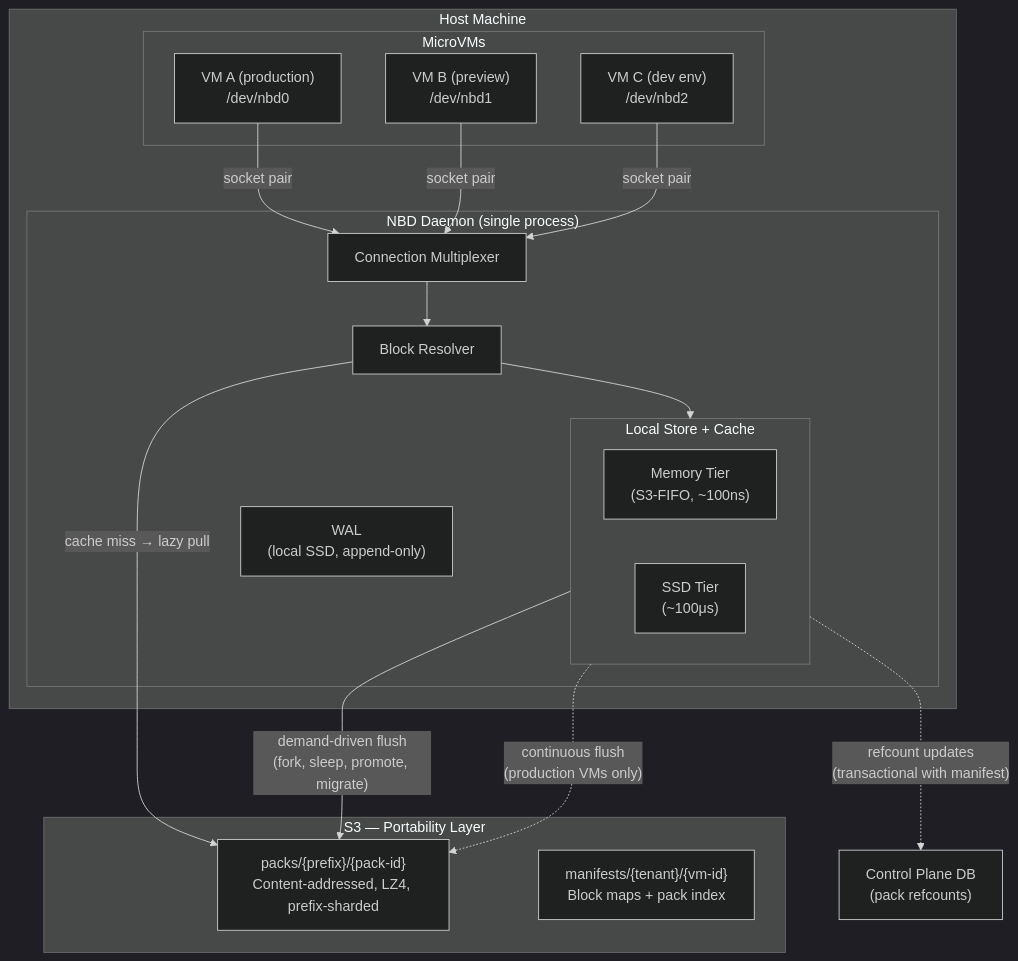
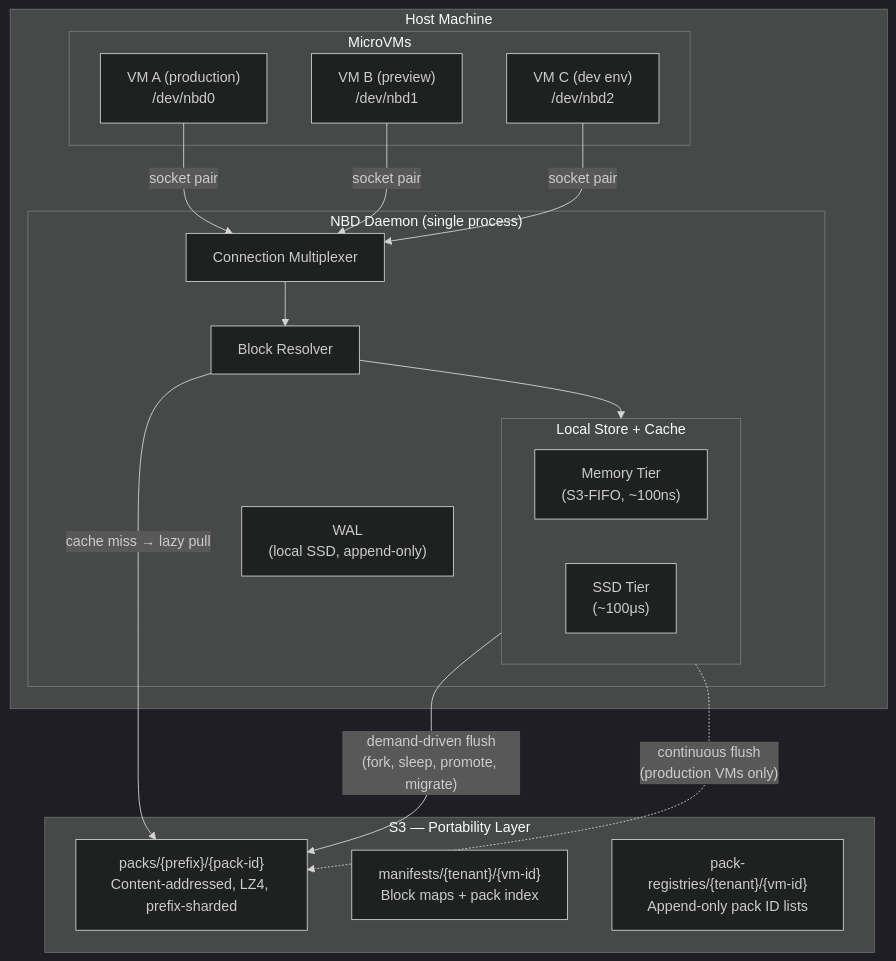
Before and after one commit to beyondoss/glidefs: the first of 12 diagrams in GLIDEv2.md, drawn with Mermaid (dark theme). The commit also changed other lines of this file and 15 other files, not shown here.

````diff
--- a/GLIDEv2.md
+++ b/GLIDEv2.md
@@ -57,38 +57,36 @@
 ```mermaid
 graph TB
     subgraph Host["Host Machine"]
         subgraph VMs["MicroVMs"]
             VM1["VM A (production)<br/>/dev/nbd0"]
             VM2["VM B (preview)<br/>/dev/nbd1"]
             VM3["VM C (dev env)<br/>/dev/nbd2"]
         end
 
         subgraph NBD["NBD Daemon (single process)"]
             MUX["Connection Multiplexer"]
             BR["Block Resolver"]
             WAL["WAL<br/>(local SSD, append-only)"]
             subgraph CACHE["Local Store + Cache"]
                 MEM["Memory Tier<br/>(S3-FIFO, ~100ns)"]
                 SSD["SSD Tier<br/>(~100μs)"]
             end
         end
 
         VM1 -->|"socket pair"| MUX
         VM2 -->|"socket pair"| MUX
         VM3 -->|"socket pair"| MUX
         MUX --> BR
         BR --> CACHE
     end
 
     subgraph S3["S3 — Portability Layer"]
         PACKS["packs/{prefix}/{pack-id}<br/>Content-addressed, LZ4, prefix-sharded"]
         MANIFESTS["manifests/{tenant}/{vm-id}<br/>Block maps + pack index"]
+        REGISTRIES["pack-registries/{tenant}/{vm-id}<br/>Append-only pack ID lists"]
     end
-
-    DB["Control Plane DB<br/>(pack refcounts)"]
 
     CACHE -->|"demand-driven flush<br/>(fork, sleep, promote, migrate)"| PACKS
     BR -->|"cache miss → lazy pull"| PACKS
     CACHE -.->|"continuous flush<br/>(production VMs only)"| PACKS
-    CACHE -.->|"refcount updates<br/>(transactional with manifest)"| DB
 ```
````
